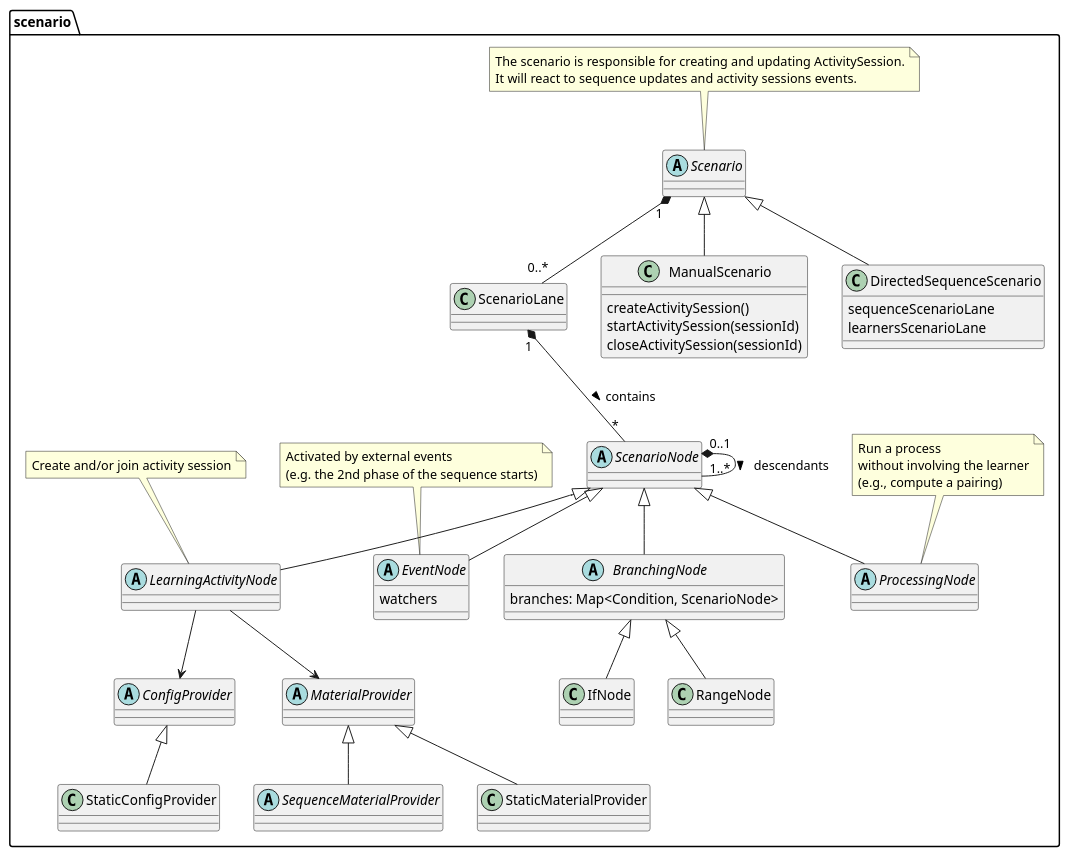
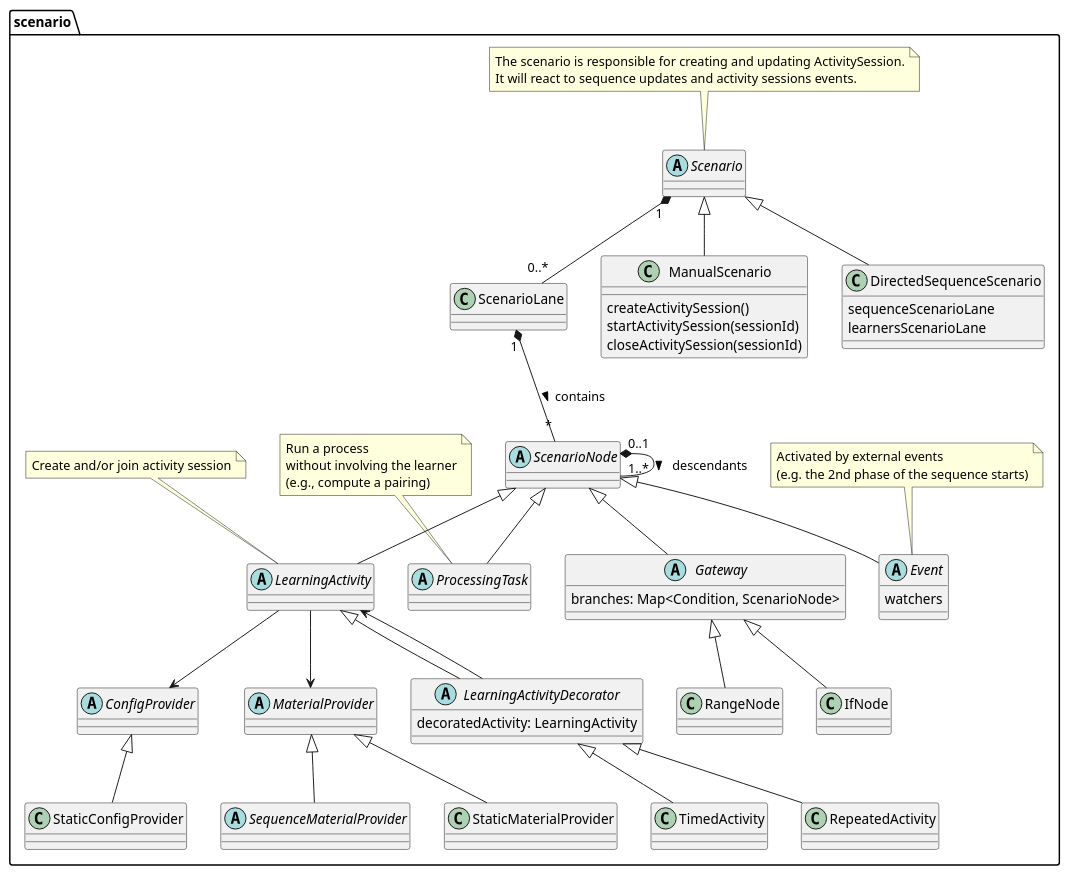
Before and after one commit to elaastic/ElaastiX: the diagram in docs/technical/uml/scenario.puml, drawn with PlantUML.

Commit message:
doc(model): Update scenario node names and add activity decorators

```diff
--- a/docs/technical/uml/scenario.puml
+++ b/docs/technical/uml/scenario.puml
@@ -1,66 +1,76 @@
 @startuml
 'https://plantuml.com/class-diagram
 
 package scenario {
     abstract class Scenario
     note top
     The scenario is responsible for creating and updating ActivitySession.
     It will react to sequence updates and activity sessions events.
     end note
 
     class ScenarioLane
 
     Scenario "1" *-- "0..*" ScenarioLane
 
     class ManualScenario extends Scenario {
         createActivitySession()
         startActivitySession(sessionId)
         closeActivitySession(sessionId)
     }
 
     class DirectedSequenceScenario extends Scenario {
         sequenceScenarioLane
         learnersScenarioLane
     }
 
     abstract class ScenarioNode
 
+    abstract class LearningActivityDecorator extends LearningActivity {
+        decoratedActivity: LearningActivity
+    }
+
+    LearningActivityDecorator --> LearningActivity
+
+    class TimedActivity extends LearningActivityDecorator
+    class RepeatedActivity extends LearningActivityDecorator
+
+
     ScenarioLane "1" *-- "*" ScenarioNode : contains >
     ScenarioNode "0..1" *-- "1..*" ScenarioNode : descendants >
 
-    abstract class EventNode extends ScenarioNode {
+    abstract class Event extends ScenarioNode {
         watchers
     }
     note top
         Activated by external events
         (e.g. the 2nd phase of the sequence starts)
     end note
 
-    abstract class BranchingNode extends ScenarioNode {
+    abstract class Gateway extends ScenarioNode {
         branches: Map<Condition, ScenarioNode>
     }
 
-    class IfNode extends BranchingNode
-    class RangeNode extends BranchingNode
+    class IfNode extends Gateway
+    class RangeNode extends Gateway
 
-    abstract class ProcessingNode extends ScenarioNode
+    abstract class ProcessingTask extends ScenarioNode
     note top
         Run a process
         without involving the learner
         (e.g., compute a pairing)
     end note
 
-    abstract class LearningActivityNode extends ScenarioNode
+    abstract class LearningActivity extends ScenarioNode
     note top: Create and/or join activity session
 
     abstract class ConfigProvider
     abstract class MaterialProvider
-    LearningActivityNode --> ConfigProvider
-    LearningActivityNode --> MaterialProvider
+    LearningActivity --> ConfigProvider
+    LearningActivity --> MaterialProvider
 
     class StaticConfigProvider extends ConfigProvider
     class StaticMaterialProvider extends MaterialProvider
     abstract class SequenceMaterialProvider extends MaterialProvider
 
 }
 @enduml
```
